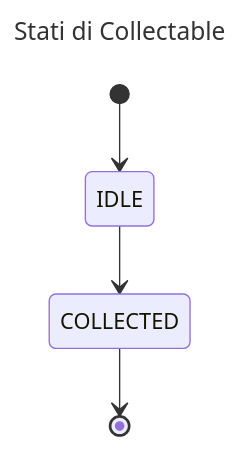
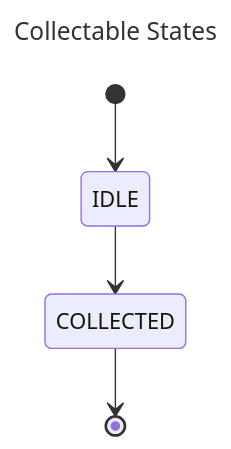
Before and after one commit to bytestrick/chevy: the fourth of 4 diagrams in README.md, drawn with Mermaid. The commit also changed other lines of this file and 143 other files, not shown here.

````diff
--- a/README.md
+++ b/README.md
@@ -144,9 +141,9 @@
 ```mermaid
 ---
-title: Stati di Collectable
+title: Collectable States
 ---
 stateDiagram-v2
     [*] --> IDLE
     IDLE --> COLLECTED
     COLLECTED --> [*]
 ```
````
